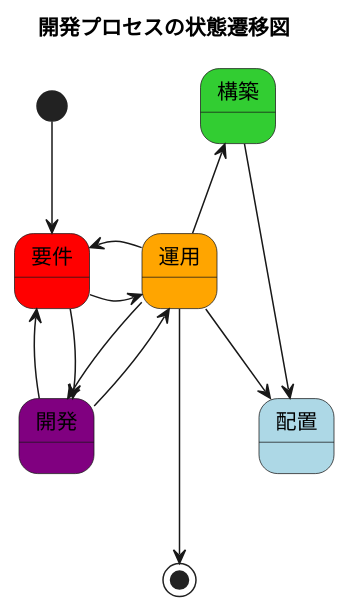
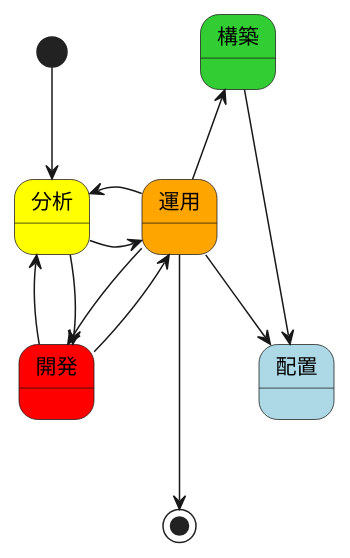
The first of 13 diagrams in CLAUDE.md (k2works/ai-programing-exercise), drawn with PlantUML before and after one commit. The commit also changed other lines of this file and 2 other files, not shown here.

````diff
--- a/CLAUDE.md
+++ b/CLAUDE.md
@@ -19,23 +54,21 @@
 ```plantuml
 @startuml
-title 開発プロセスの状態遷移図
-
-[*] --> 要件
-要件 --> 開発
-要件 -right-> 運用
-運用 -left-> 要件
-開発 -left-> 要件
+[*] --> 分析
+分析 --> 開発
+分析 -right-> 運用
+運用 -left-> 分析
+開発 -left-> 分析
 開発 --> 運用
 運用 --> 開発
 運用 --> 配置
 運用 -up-> 構築
 構築 --> 配置
 運用 ---> [*]
 
-state 要件 #red
+state 分析 #yellow
 state 構築 #limegreen
 state 運用 #orange
-state 開発 #purple
+state 開発 #red
 state 配置 #lightblue
 @enduml
 ```
````
